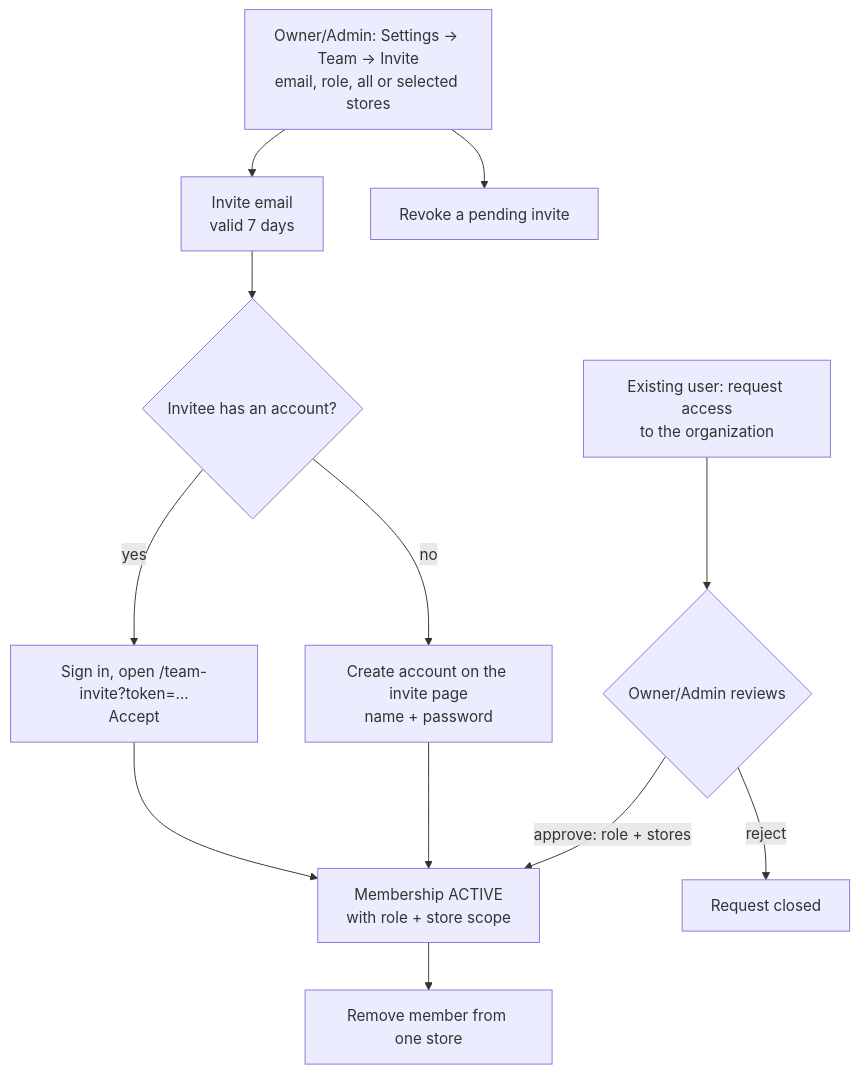
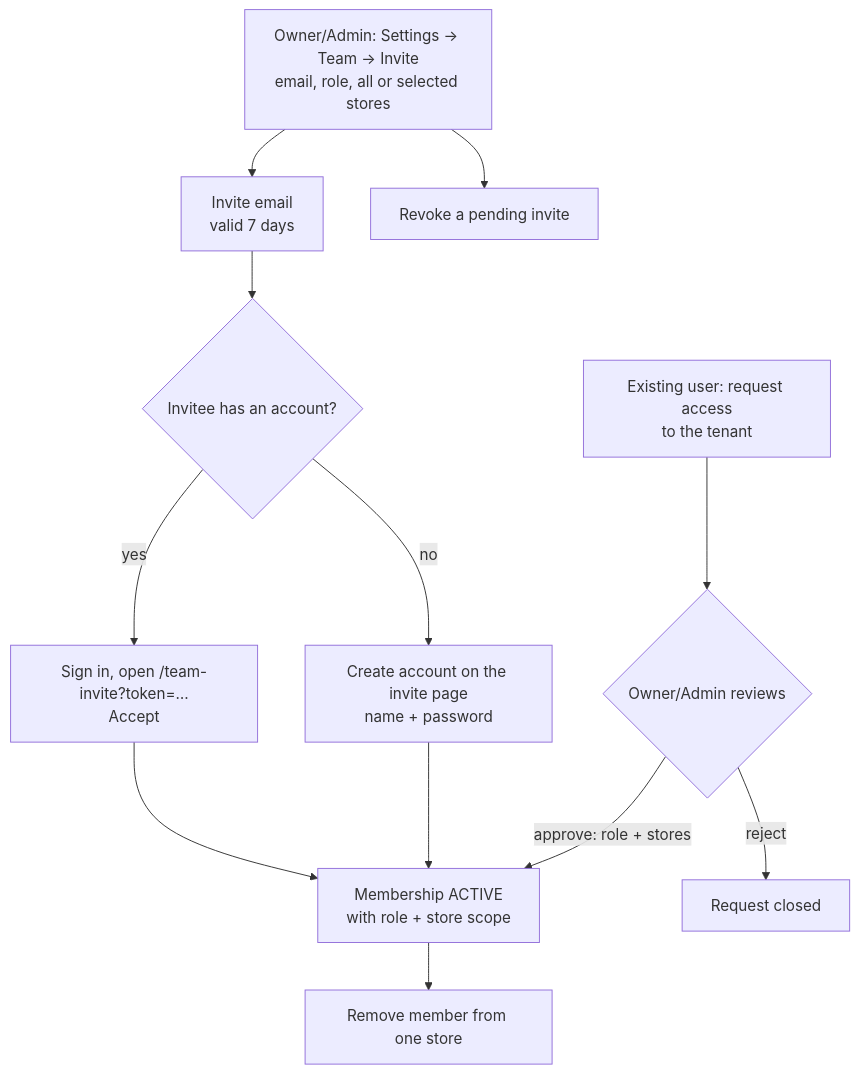
The second of 2 diagrams in docs/user-guide/03-stores-and-team.md (patelzz007/nestjs-nextjs-turborepo-starter-kit), drawn with Mermaid before and after one commit. The commit also changed other lines of this file and 674 other files, not shown here.

````diff
--- a/docs/user-guide/03-stores-and-team.md
+++ b/docs/user-guide/03-stores-and-team.md
@@ -75,14 +75,14 @@
 ```mermaid
 flowchart TD
     A[Owner/Admin: Settings → Team → Invite<br/>email, role, all or selected stores] --> B[Invite email<br/>valid 7 days]
     B --> C{Invitee has an account?}
     C -- yes --> D[Sign in, open /team-invite?token=…<br/>Accept]
     C -- no --> E[Create account on the invite page<br/>name + password]
     D --> F[Membership ACTIVE<br/>with role + store scope]
     E --> F
     A --> R[Revoke a pending invite]
-    G[Existing user: request access<br/>to the organization] --> H{Owner/Admin reviews}
+    G[Existing user: request access<br/>to the tenant] --> H{Owner/Admin reviews}
     H -- approve: role + stores --> F
     H -- reject --> X[Request closed]
     F --> S[Remove member from one store]
 ```
````
